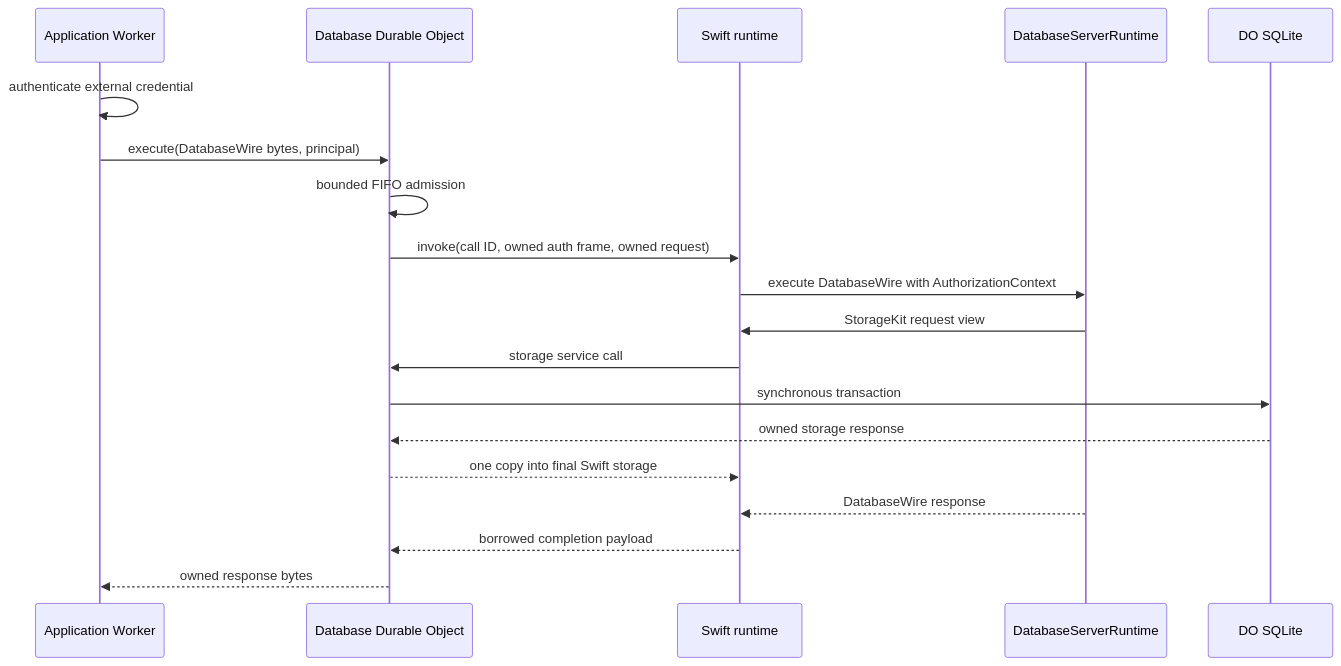
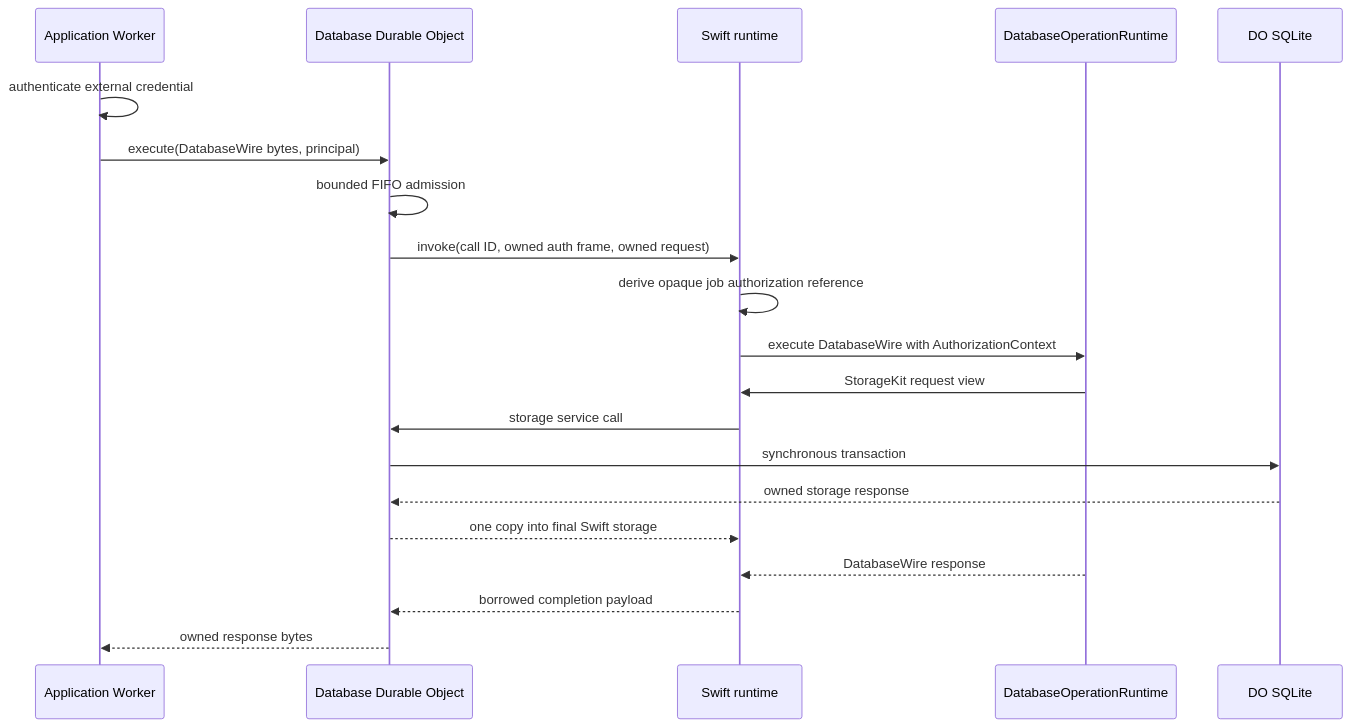
The third of 3 diagrams in README.md (1amageek/database-framework-cloudflare), drawn with Mermaid before and after one commit. The commit also changed other lines of this file and 38 other files, not shown here.

Commit message:
Separate Cloudflare hosting from native server runtime

````diff
--- a/README.md
+++ b/README.md
@@ -196,22 +236,23 @@
 ```mermaid
 sequenceDiagram
   participant App as Application Worker
   participant DO as Database Durable Object
   participant Runtime as Swift runtime
-  participant Server as DatabaseServerRuntime
+  participant Server as DatabaseOperationRuntime
   participant SQLite as DO SQLite
 
   App->>App: authenticate external credential
   App->>DO: execute(DatabaseWire bytes, principal)
   DO->>DO: bounded FIFO admission
   DO->>Runtime: invoke(call ID, owned auth frame, owned request)
+  Runtime->>Runtime: derive opaque job authorization reference
   Runtime->>Server: execute DatabaseWire with AuthorizationContext
   Server->>Runtime: StorageKit request view
   Runtime->>DO: storage service call
   DO->>SQLite: synchronous transaction
   SQLite-->>DO: owned storage response
   DO-->>Runtime: one copy into final Swift storage
   Server-->>Runtime: DatabaseWire response
   Runtime-->>DO: borrowed completion payload
   DO-->>App: owned response bytes
 ```
````
